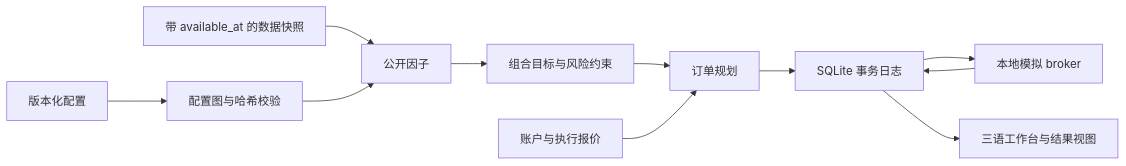
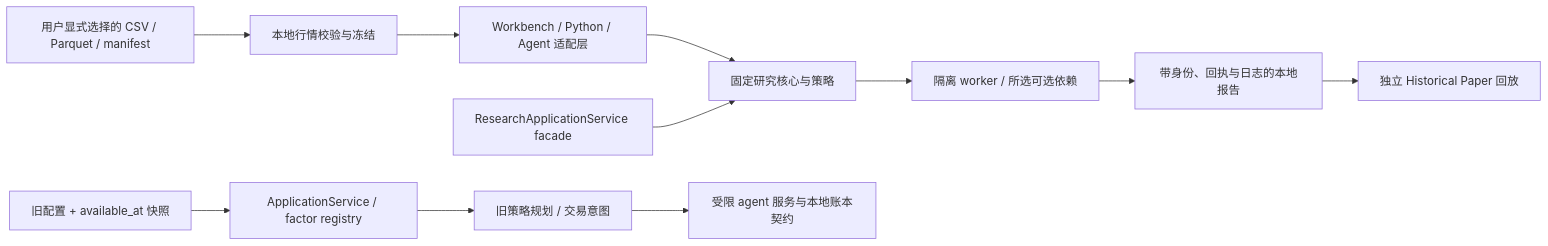
The diagram in framework_v2/README.md (Siyuan-chat/KabuForge), drawn with Mermaid before and after one commit. The commit also changed other lines of this file and 581 other files, not shown here.

````diff
--- a/framework_v2/README.md
+++ b/framework_v2/README.md
@@ -7,13 +9,13 @@
 ```mermaid
 flowchart LR
-  C[版本化配置] --> V[配置图与哈希校验]
-  D[带 available_at 的数据快照] --> F[公开因子]
-  V --> F
-  F --> S[组合目标与风险约束]
-  S --> P[订单规划]
-  Q[账户与执行报价] --> P
-  P --> J[SQLite 事务日志]
-  J --> B[本地模拟 broker]
-  B --> J
-  J --> U[三语工作台与结果视图]
+  L[用户显式选择的 CSV / Parquet / manifest] --> C[本地行情校验与冻结]
+  C --> G[Workbench / Python / Agent 适配层]
+  G --> F[固定研究核心与策略]
+  F --> W[隔离 worker / 所选可选依赖]
+  W --> O[带身份、回执与日志的本地报告]
+  O --> P[独立 Historical Paper 回放]
+  R[ResearchApplicationService facade] --> F
+  A[旧配置 + available_at 快照] --> S[ApplicationService / factor registry]
+  S --> T[旧策略规划 / 交易意图]
+  T --> B[受限 agent 服务与本地账本契约]
 ```
````
